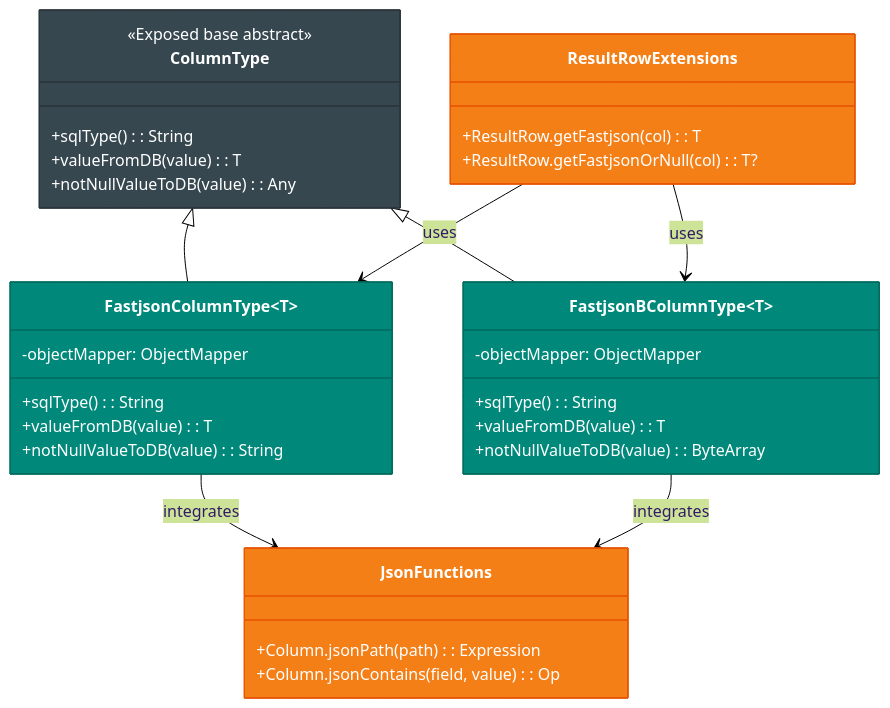
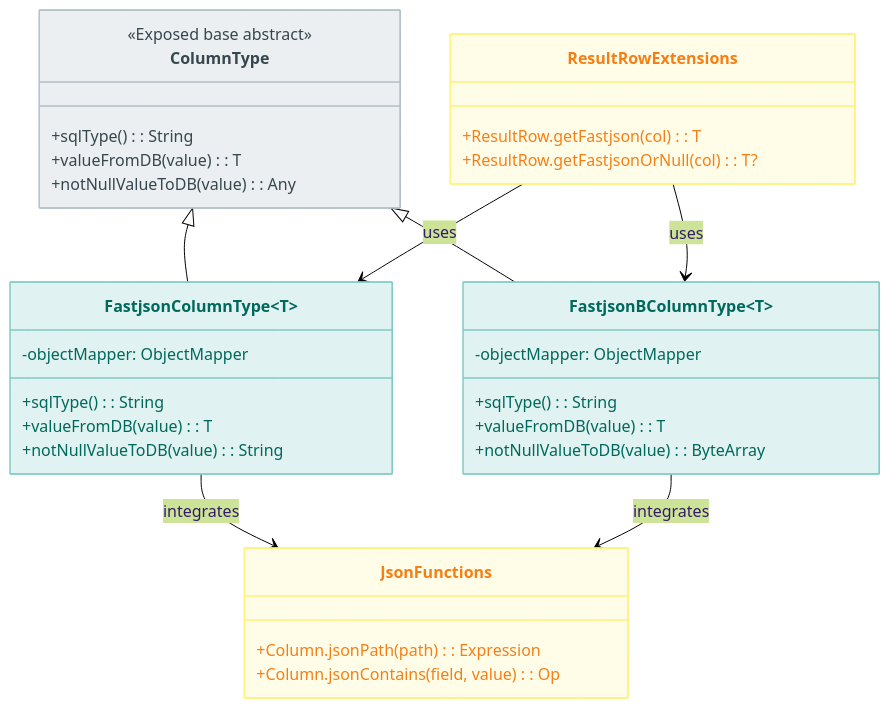
Before and after one commit to bluetape4k/bluetape4k-projects: the second of 3 diagrams in data/exposed-fastjson2/README.md, drawn with Mermaid (forest theme). The commit also changed other lines of this file and 219 other files, not shown here.

First line of the commit message:
docs: 전체 README Mermaid 다이어그램 가이드 적용

````diff
--- a/data/exposed-fastjson2/README.md
+++ b/data/exposed-fastjson2/README.md
@@ -151,42 +151,42 @@
 ```mermaid
 classDiagram
     class ColumnType {
         <<Exposed base abstract>>
         +sqlType(): String
         +valueFromDB(value): T
         +notNullValueToDB(value): Any
     }
     class FastjsonColumnType~T~ {
         -objectMapper: ObjectMapper
         +sqlType(): String
         +valueFromDB(value): T
         +notNullValueToDB(value): String
     }
     class FastjsonBColumnType~T~ {
         -objectMapper: ObjectMapper
         +sqlType(): String
         +valueFromDB(value): T
         +notNullValueToDB(value): ByteArray
     }
     class JsonFunctions {
         +Column.jsonPath(path): Expression
         +Column.jsonContains(field, value): Op
     }
     class ResultRowExtensions {
         +ResultRow.getFastjson(col): T
         +ResultRow.getFastjsonOrNull(col): T?
     }
 
     ColumnType <|-- FastjsonColumnType
     ColumnType <|-- FastjsonBColumnType
     FastjsonColumnType --> JsonFunctions : integrates
     FastjsonBColumnType --> JsonFunctions : integrates
     ResultRowExtensions --> FastjsonColumnType : uses
     ResultRowExtensions --> FastjsonBColumnType : uses
 
-    style ColumnType fill:#37474F,stroke:#263238,color:#FFFFFF
-    style FastjsonColumnType fill:#00897B,stroke:#00695C,color:#FFFFFF
-    style FastjsonBColumnType fill:#00897B,stroke:#00695C,color:#FFFFFF
-    style JsonFunctions fill:#F57F17,stroke:#E65100,color:#FFFFFF
-    style ResultRowExtensions fill:#F57F17,stroke:#E65100,color:#FFFFFF
+    style ColumnType fill:#ECEFF1,stroke:#B0BEC5,color:#37474F
+    style FastjsonColumnType fill:#E0F2F1,stroke:#80CBC4,color:#00695C
+    style FastjsonBColumnType fill:#E0F2F1,stroke:#80CBC4,color:#00695C
+    style JsonFunctions fill:#FFFDE7,stroke:#FFF176,color:#F57F17
+    style ResultRowExtensions fill:#FFFDE7,stroke:#FFF176,color:#F57F17
 ```
````
